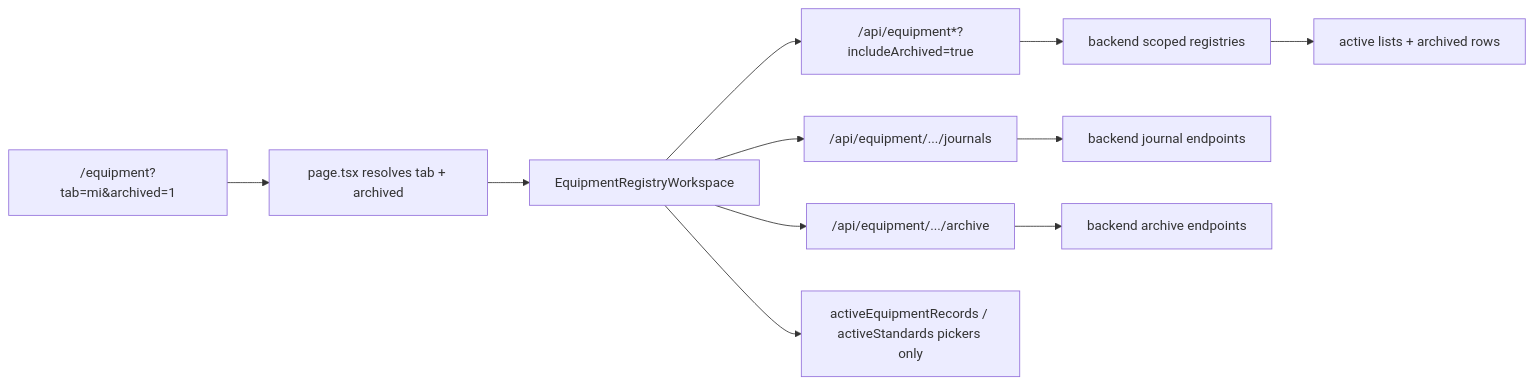
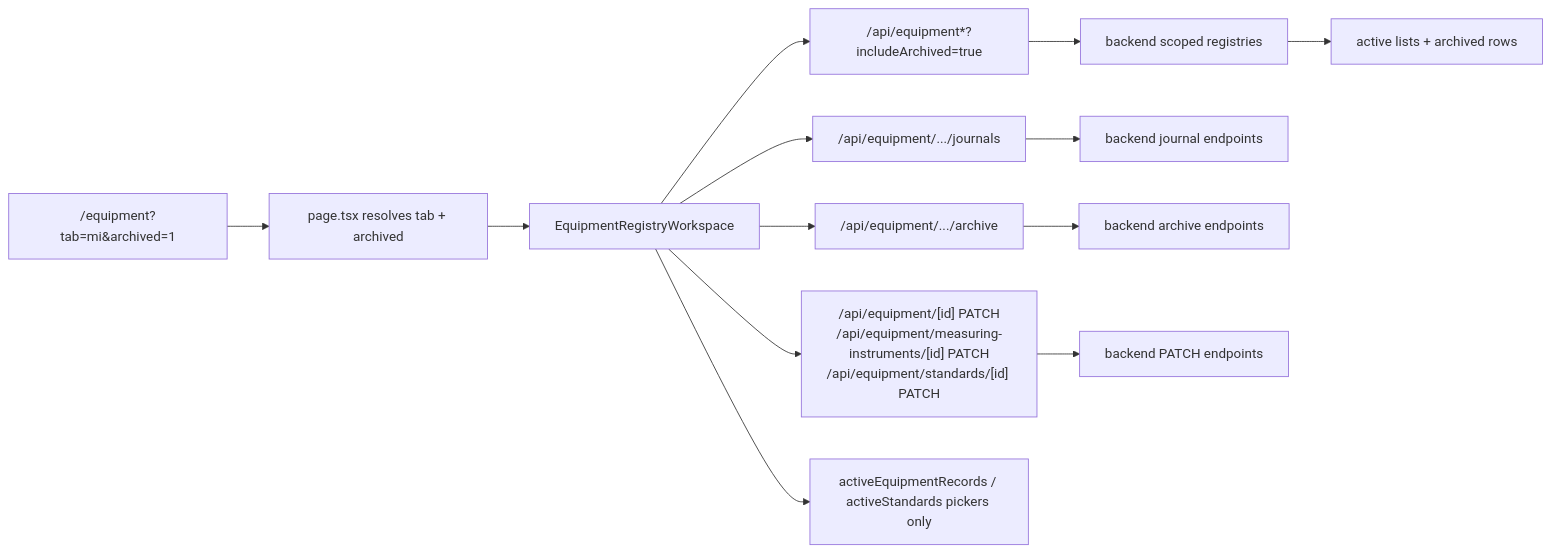
The seventh of 9 diagrams in docs/architecture/frontend-architecture.md (vrk-app/vrk), drawn with Mermaid before and after one commit. The commit also changed other lines of this file and 39 other files, not shown here.

````diff
--- a/docs/architecture/frontend-architecture.md
+++ b/docs/architecture/frontend-architecture.md
@@ -220,13 +226,15 @@
 ```mermaid
 flowchart LR
     A["/equipment?tab=mi&archived=1"] --> B["page.tsx resolves tab + archived"]
     B --> C["EquipmentRegistryWorkspace"]
     C --> D["/api/equipment*?includeArchived=true"]
     C --> E["/api/equipment/.../journals"]
     C --> F["/api/equipment/.../archive"]
+    C --> L["/api/equipment/[id] PATCH<br/>/api/equipment/measuring-instruments/[id] PATCH<br/>/api/equipment/standards/[id] PATCH"]
     D --> G["backend scoped registries"]
     E --> H["backend journal endpoints"]
     F --> I["backend archive endpoints"]
+    L --> M["backend PATCH endpoints"]
     G --> J["active lists + archived rows"]
     C --> K["activeEquipmentRecords / activeStandards pickers only"]
 ```
````
